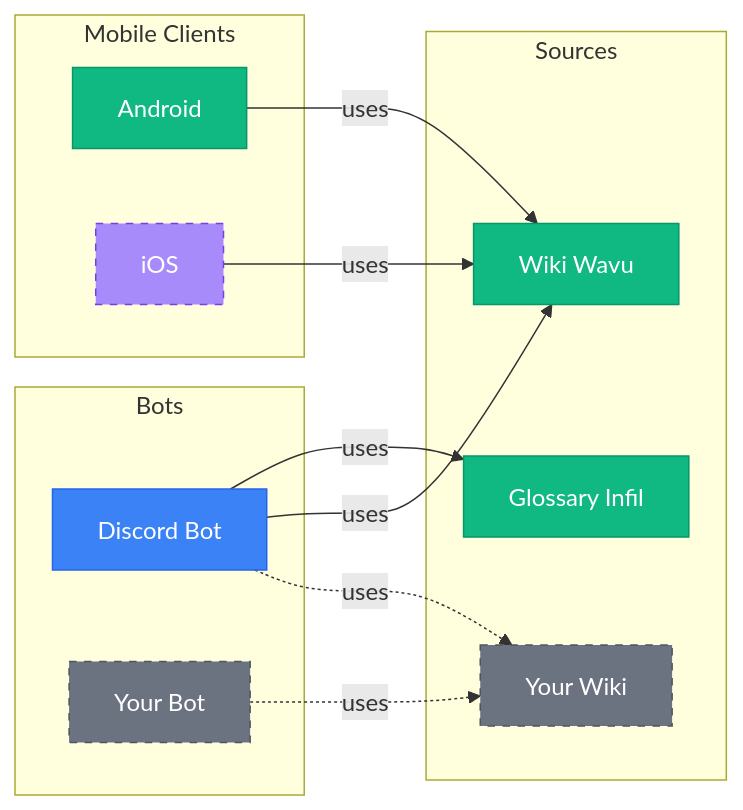
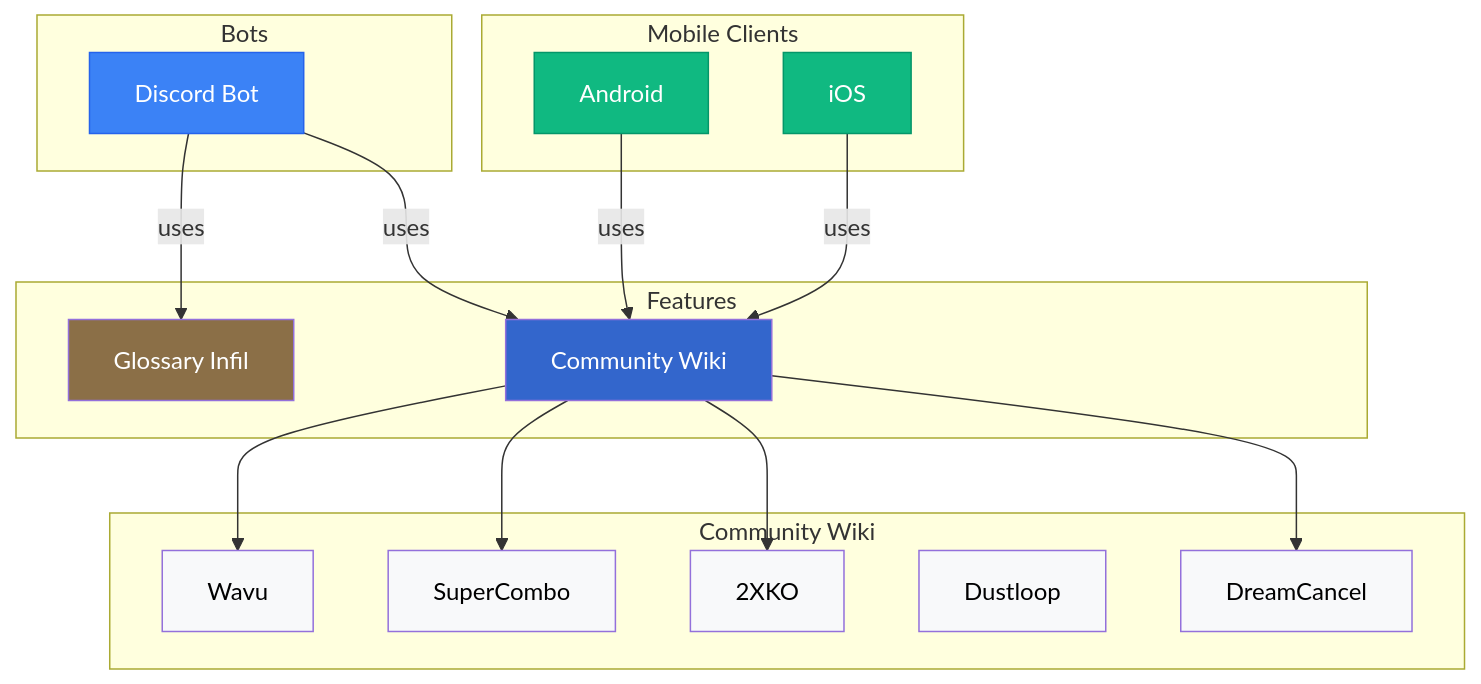
One commit to Sophon/FightingNerd changed the diagram in mermaid/modules.mmd. Above: the diagram before and after it, drawn with Mermaid.

Commit message:
doc (mermaid): modules diagram

```diff
--- a/mermaid/modules.mmd
+++ b/mermaid/modules.mmd
@@ -1,34 +1,44 @@
-graph LR
+graph TD
     subgraph Bots
         discordBot[Discord Bot]
-        yourBot[Your Bot]
     end
 
     subgraph "Mobile Clients"
         android[Android]
         iOS[iOS]
     end
 
-    subgraph Sources
+    subgraph Features
         glossaryInfil[Glossary Infil]
-        wikiWavu[Wiki Wavu]
-        yourWiki[Your Wiki]
+        communityWiki[Community Wiki]
     end
 
+    subgraph Community Wiki
+        wikiWavu[Wavu]
+        supercombo[SuperCombo]
+        2xko[2XKO]
+        dustloop[Dustloop]
+        dreamcancel[DreamCancel]
+    end
+
+    communityWiki --> wikiWavu
+    communityWiki --> supercombo
+    communityWiki --> 2xko
+    communityWiki --> dreamcancel
+
     discordBot -->|uses| glossaryInfil
-    discordBot -->|uses| wikiWavu
-    discordBot -.->|uses| yourWiki
+    discordBot -->|uses| communityWiki
 
-    yourBot -.->|uses| yourWiki
-
-    android -->|uses| wikiWavu
-
-    iOS -->|uses| wikiWavu
+    android -->|uses| communityWiki
+    iOS -->|uses| communityWiki
 
     style discordBot fill:#3B82F6,stroke:#2563EB,color:#fff
-    style yourBot fill:#6B7280,stroke:#4B5563,color:#fff,stroke-dasharray: 5 5
     style android fill:#10B981,stroke:#059669,color:#fff
-    style iOS fill:#A78BFA,stroke:#7C3AED,color:#fff,stroke-dasharray: 5 5
-    style glossaryInfil fill:#10B981,stroke:#059669,color:#fff
-    style wikiWavu fill:#10B981,stroke:#059669,color:#fff
-    style yourWiki fill:#6B7280,stroke:#4B5563,color:#fff,stroke-dasharray: 5 5
+    style iOS fill:#10B981,stroke:#059669,color:#fff
+    style glossaryInfil fill:#8B6F47,color:#fff
+    style communityWiki fill:#3366CC,color:#fff
+    style wikiWavu fill:#F8F9FA,color:#000000
+    style supercombo fill:#F8F9FA,color:#000000
+    style 2xko fill:#F8F9FA,color:#000000
+    style dustloop fill:#F8F9FA,color:#000000
+    style dreamcancel fill:#F8F9FA,color:#000000
```
